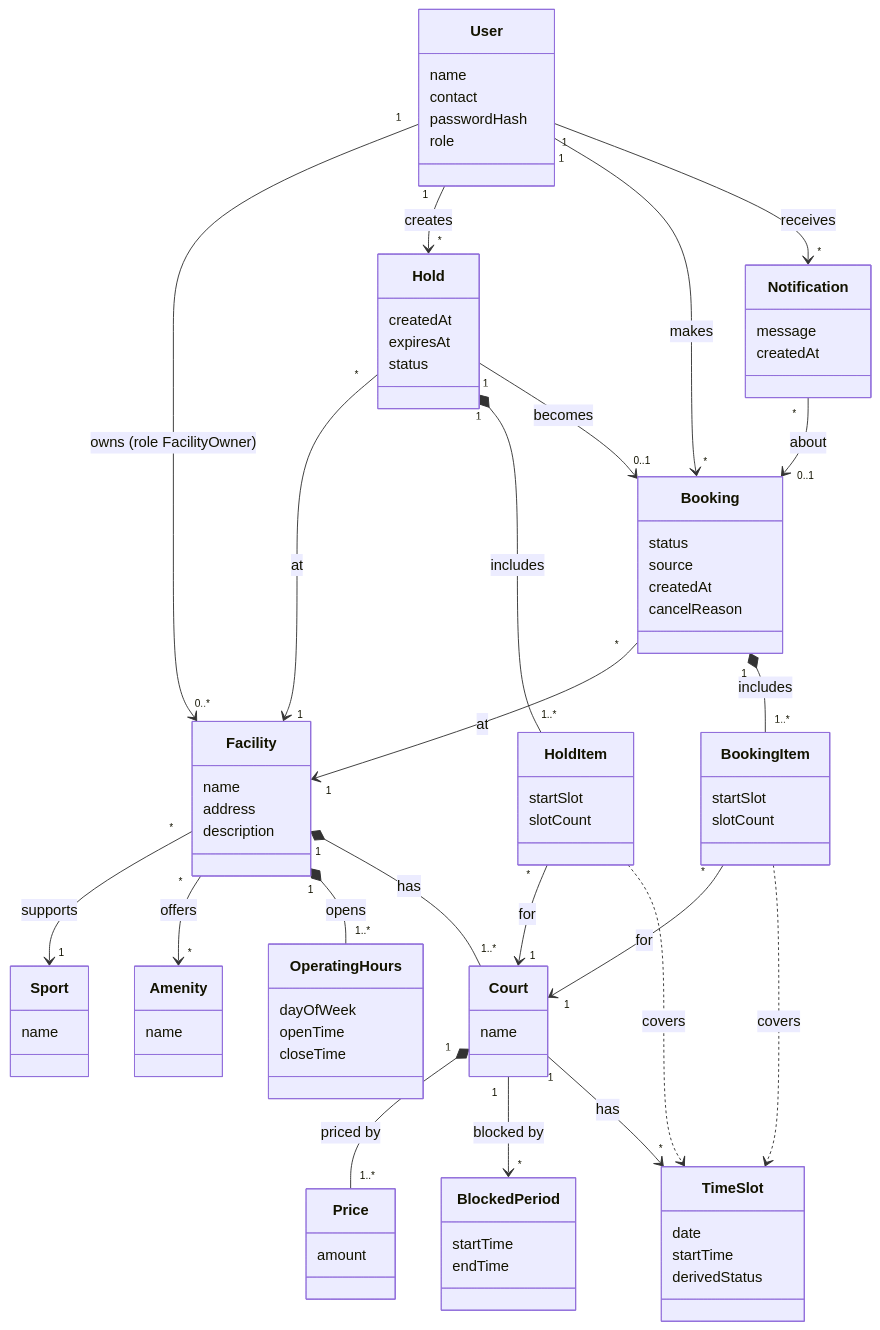
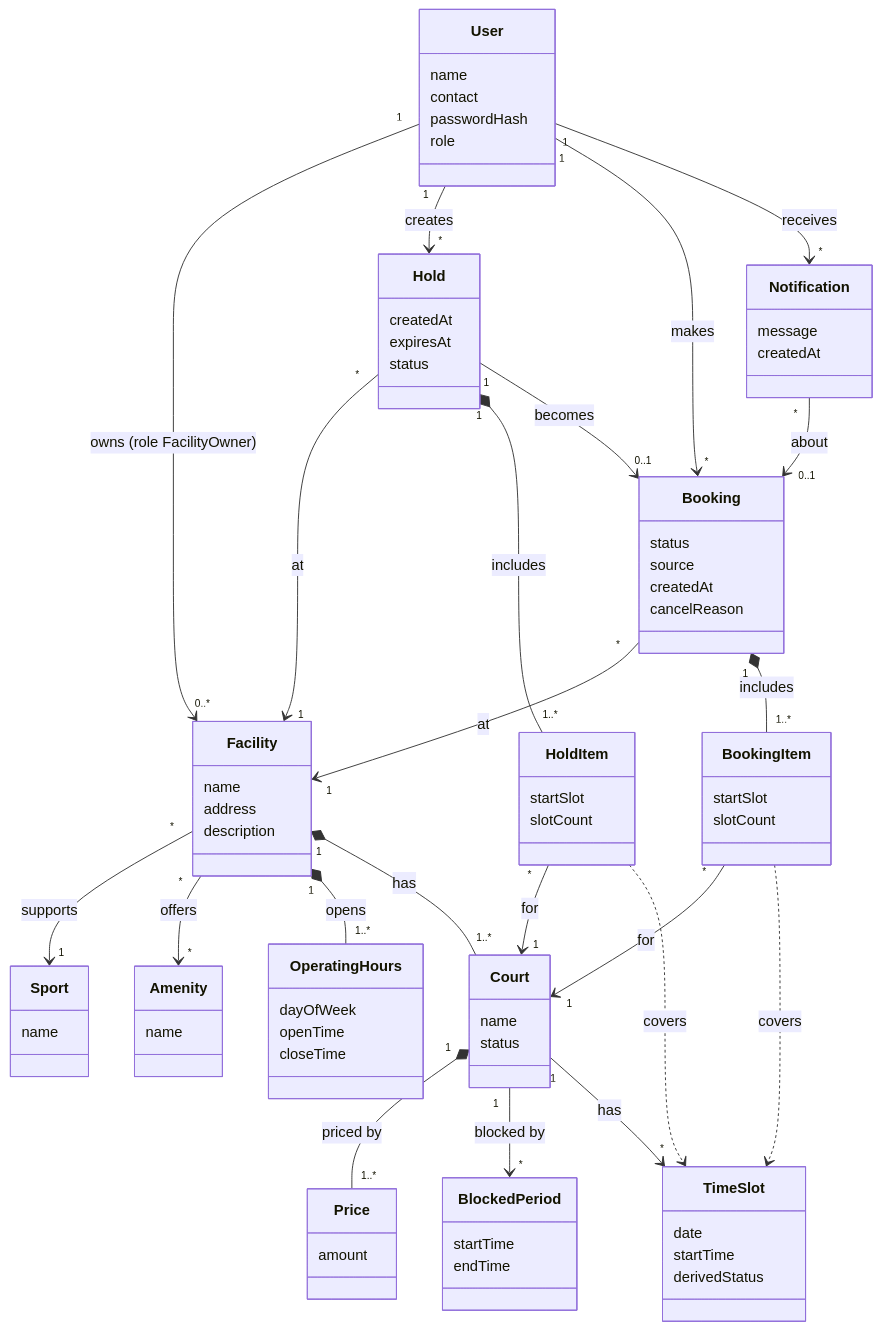
One commit to buikhoa130406/se-project-t04 changed the diagram in docs/design/domain/domain-model.md. Above: the diagram before and after it, drawn with Mermaid. The commit also changed other lines of this file and 1 other file, not shown here.

```diff
--- a/docs/design/domain/domain-model.md
+++ b/docs/design/domain/domain-model.md
@@ -41,6 +42,7 @@
     }
     class Court {
         name
+        status
     }
     class Price {
         amount
```
